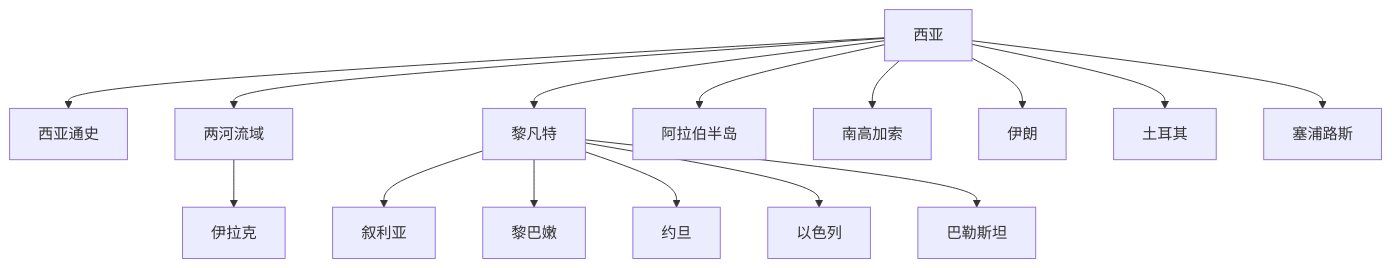
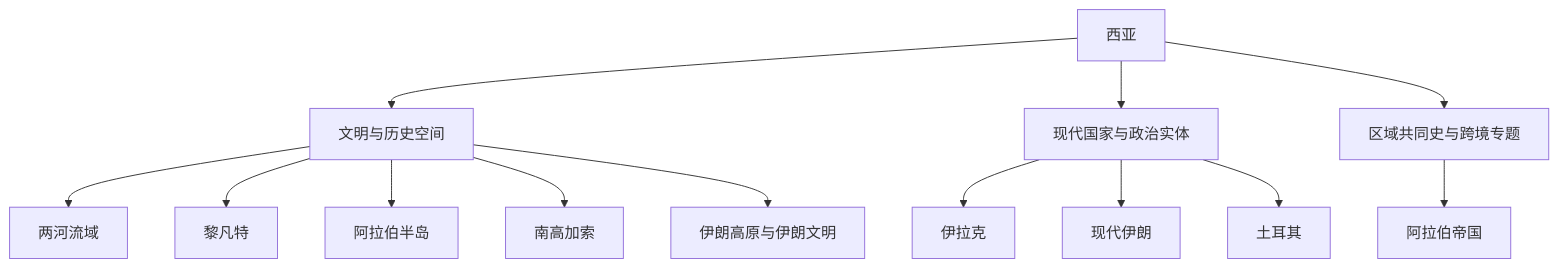
The diagram in 人文科学/历史/西亚/README.md (tianlan-dev/learning-notes), drawn with Mermaid before and after one commit. The commit also changed other lines of this file and 159 other files, not shown here.

````diff
--- a/人文科学/历史/西亚/README.md
+++ b/人文科学/历史/西亚/README.md
@@ -17,17 +19,15 @@
 ```mermaid
 flowchart TD
-    WA["西亚"] --> General["西亚通史"]
-    WA --> Mesopotamia["两河流域"]
-    Mesopotamia --> Iraq["伊拉克"]
-    WA --> Levant["黎凡特"]
-    Levant --> Syria["叙利亚"]
-    Levant --> Lebanon["黎巴嫩"]
-    Levant --> Jordan["约旦"]
-    Levant --> Israel["以色列"]
-    Levant --> Palestine["巴勒斯坦"]
-    WA --> Peninsula["阿拉伯半岛"]
-    WA --> Caucasus["南高加索"]
-    WA --> Iran["伊朗"]
-    WA --> Turkey["土耳其"]
-    WA --> Cyprus["塞浦路斯"]
+    WA["西亚"] --> Civil["文明与历史空间"]
+    WA --> States["现代国家与政治实体"]
+    WA --> General["区域共同史与跨境专题"]
+    Civil --> Mesopotamia["两河流域"]
+    Civil --> Levant["黎凡特"]
+    Civil --> Peninsula["阿拉伯半岛"]
+    Civil --> Caucasus["南高加索"]
+    Civil --> IranWorld["伊朗高原与伊朗文明"]
+    General --> Caliphate["阿拉伯帝国"]
+    States --> Iraq["伊拉克"]
+    States --> Iran["现代伊朗"]
+    States --> Turkey["土耳其"]
 ```
````
